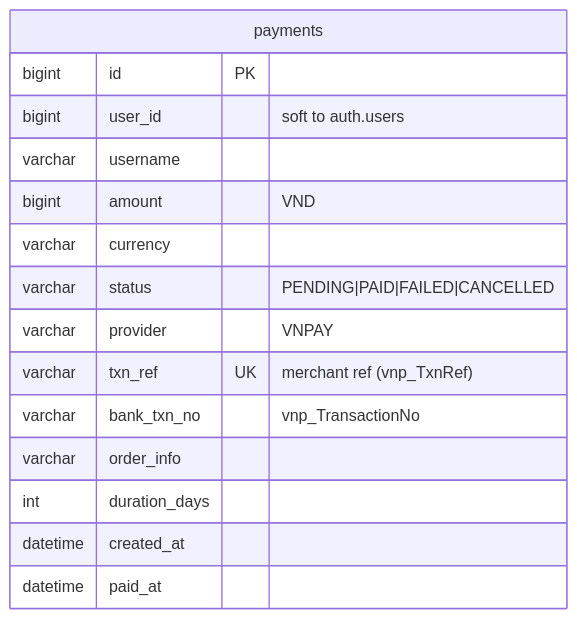
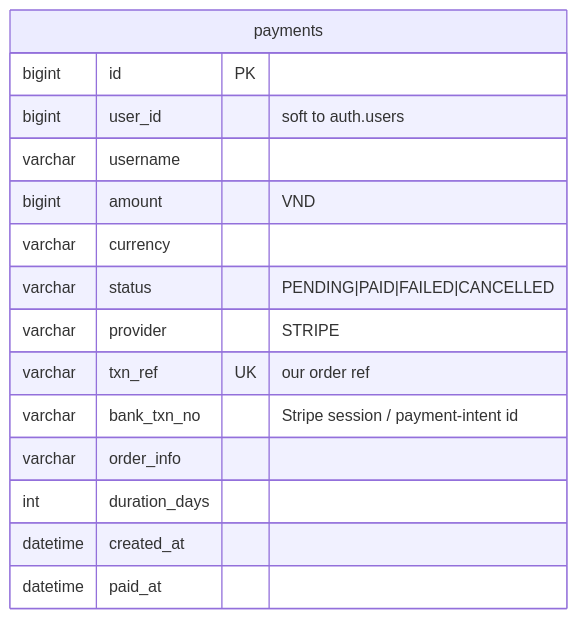
Before and after one commit to Sound-Clown/soundclown-services: the fifth of 5 diagrams in README.md, drawn with Mermaid. The commit also changed other lines of this file and 15 other files, not shown here.

First line of the commit message:
Drop VNPay, keep Stripe as the only payment provider

````diff
--- a/README.md
+++ b/README.md
@@ -168,18 +168,18 @@
 ```mermaid
 erDiagram
     payments {
         bigint id PK
         bigint user_id "soft to auth.users"
         varchar username
         bigint amount "VND"
         varchar currency
         varchar status "PENDING|PAID|FAILED|CANCELLED"
-        varchar provider "VNPAY"
-        varchar txn_ref UK "merchant ref (vnp_TxnRef)"
-        varchar bank_txn_no "vnp_TransactionNo"
+        varchar provider "STRIPE"
+        varchar txn_ref UK "our order ref"
+        varchar bank_txn_no "Stripe session / payment-intent id"
         varchar order_info
         int duration_days
         datetime created_at
         datetime paid_at
     }
 ```
````
